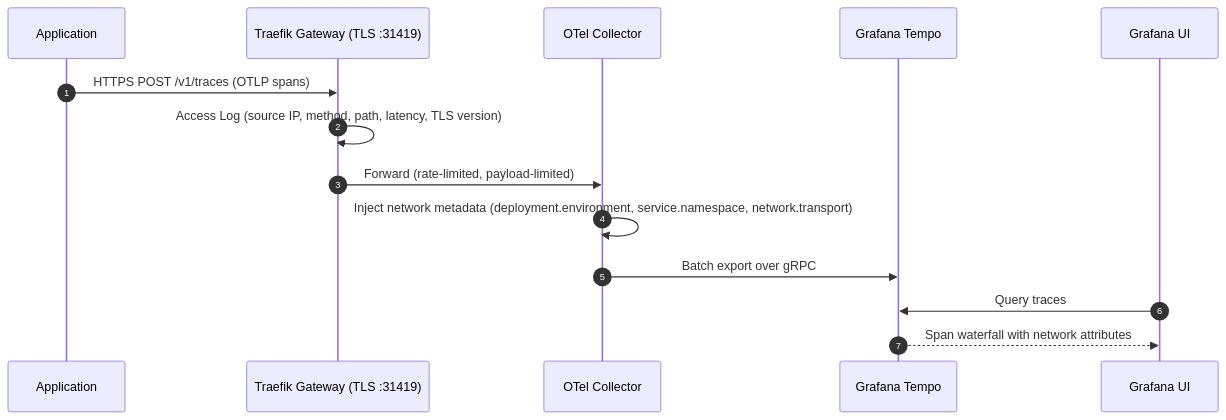
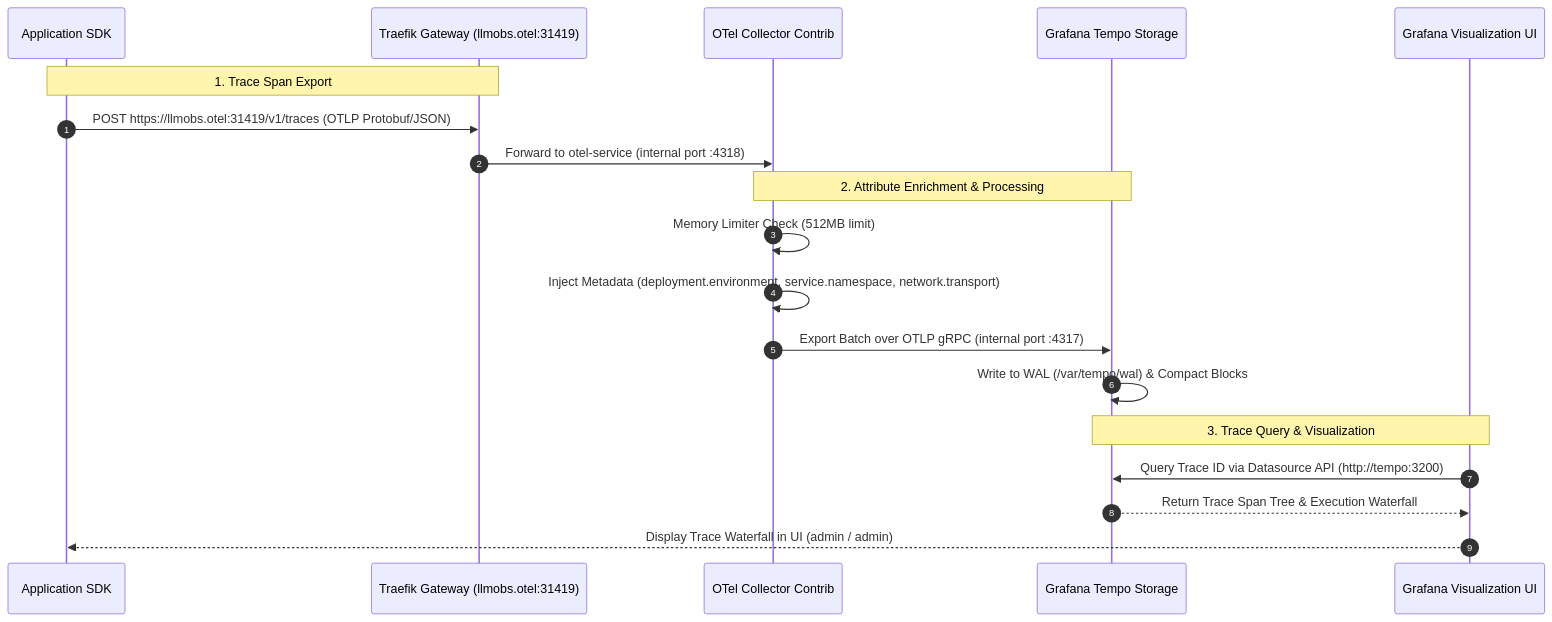
The third of 4 diagrams in packages/node/frontend-deployment/README.md (Chief-Strategist-J/llm-observability-platform), drawn with Mermaid before and after one commit. The commit also changed other lines of this file, not shown here.

Commit message:
docs(deployment): add HLD/LLD Mermaid architecture sequence diagrams and service authentication access matrix to README

````diff
--- a/packages/node/frontend-deployment/README.md
+++ b/packages/node/frontend-deployment/README.md
@@ -96,17 +122,24 @@
 ```mermaid
 sequenceDiagram
     autonumber
-    participant App as Application
-    participant Gateway as Traefik Gateway (TLS :31419)
-    participant OTel as OTel Collector
-    participant Tempo as Grafana Tempo
-    participant Grafana as Grafana UI
+    participant App as Application SDK
+    participant Gateway as Traefik Gateway (llmobs.otel:31419)
+    participant OTel as OTel Collector Contrib
+    participant Tempo as Grafana Tempo Storage
+    participant Grafana as Grafana Visualization UI
 
-    App->>Gateway: HTTPS POST /v1/traces (OTLP spans)
-    Gateway->>Gateway: Access Log (source IP, method, path, latency, TLS version)
-    Gateway->>OTel: Forward (rate-limited, payload-limited)
-    OTel->>OTel: Inject network metadata (deployment.environment, service.namespace, network.transport)
-    OTel->>Tempo: Batch export over gRPC
-    Grafana->>Tempo: Query traces
-    Tempo-->>Grafana: Span waterfall with network attributes
+    Note over App, Gateway: 1. Trace Span Export
+    App->>Gateway: POST https://llmobs.otel:31419/v1/traces (OTLP Protobuf/JSON)
+    Gateway->>OTel: Forward to otel-service (internal port :4318)
+
+    Note over OTel, Tempo: 2. Attribute Enrichment & Processing
+    OTel->>OTel: Memory Limiter Check (512MB limit)
+    OTel->>OTel: Inject Metadata (deployment.environment, service.namespace, network.transport)
+    OTel->>Tempo: Export Batch over OTLP gRPC (internal port :4317)
+    Tempo->>Tempo: Write to WAL (/var/tempo/wal) & Compact Blocks
+
+    Note over Grafana, Tempo: 3. Trace Query & Visualization
+    Grafana->>Tempo: Query Trace ID via Datasource API (http://tempo:3200)
+    Tempo-->>Grafana: Return Trace Span Tree & Execution Waterfall
+    Grafana-->>App: Display Trace Waterfall in UI (admin / admin)
 ```
````
